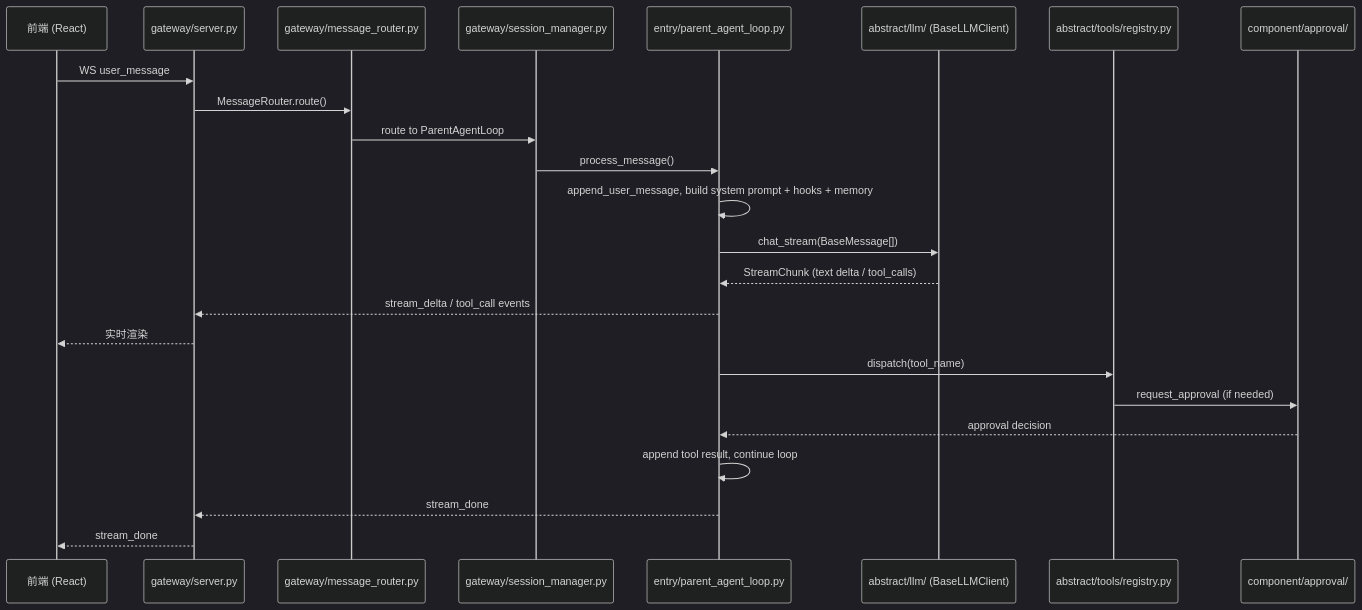
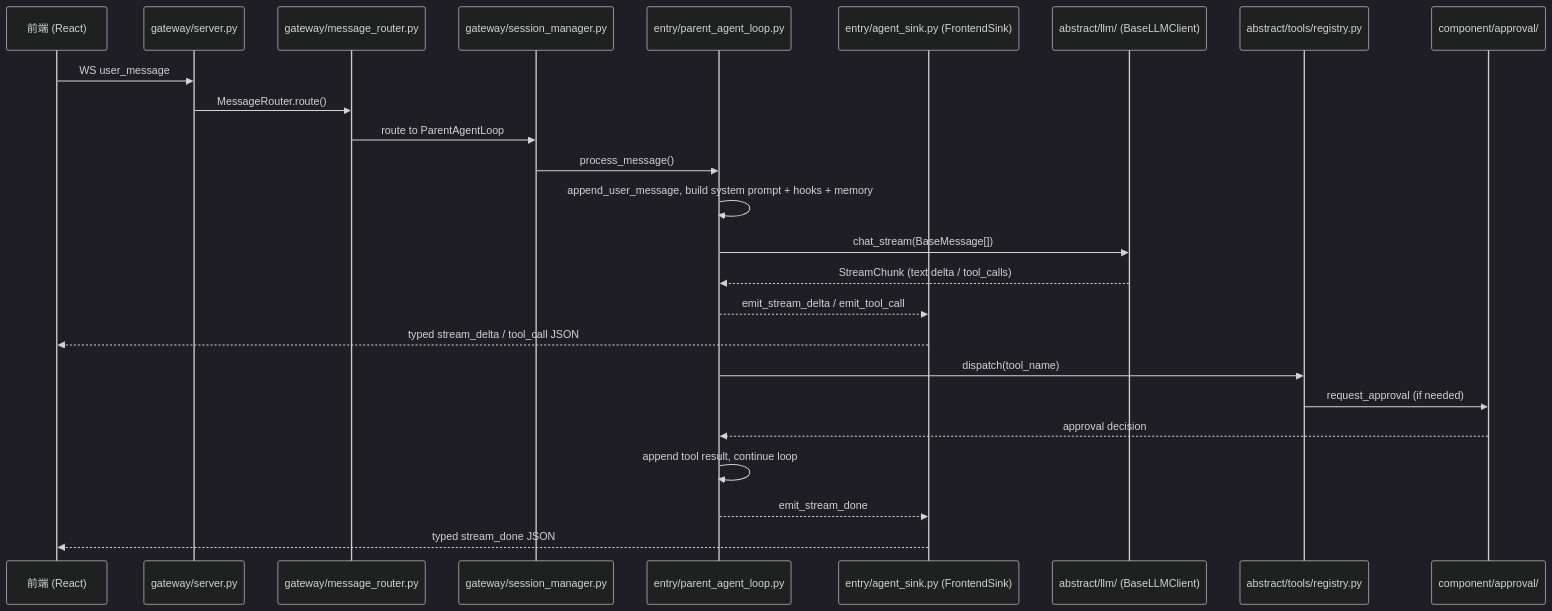
Before and after one commit to NINEMINEsigma/evolve-agent: the diagram in DEV-README.md, drawn with Mermaid (dark theme). The commit also changed other lines of this file and 19 other files, not shown here.

````diff
--- a/DEV-README.md
+++ b/DEV-README.md
@@ -83,27 +83,28 @@
 ```mermaid
 sequenceDiagram
     participant FE as 前端 (React)
     participant GW as gateway/server.py
     participant MR as gateway/message_router.py
     participant SM as gateway/session_manager.py
     participant PAL as entry/parent_agent_loop.py
+    participant FS as entry/agent_sink.py (FrontendSink)
     participant LLM as abstract/llm/ (BaseLLMClient)
     participant TR as abstract/tools/registry.py
     participant APP as component/approval/
 
     FE->>GW: WS user_message
     GW->>MR: MessageRouter.route()
     MR->>SM: route to ParentAgentLoop
     SM->>PAL: process_message()
     PAL->>PAL: append_user_message, build system prompt + hooks + memory
     PAL->>LLM: chat_stream(BaseMessage[])
     LLM-->>PAL: StreamChunk (text delta / tool_calls)
-    PAL-->>GW: stream_delta / tool_call events
-    GW-->>FE: 实时渲染
+    PAL-->>FS: emit_stream_delta / emit_tool_call
+    FS-->>FE: typed stream_delta / tool_call JSON
     PAL->>TR: dispatch(tool_name)
     TR->>APP: request_approval (if needed)
     APP-->>PAL: approval decision
     PAL->>PAL: append tool result, continue loop
-    PAL-->>GW: stream_done
-    GW-->>FE: stream_done
+    PAL-->>FS: emit_stream_done
+    FS-->>FE: typed stream_done JSON
 ```
````
